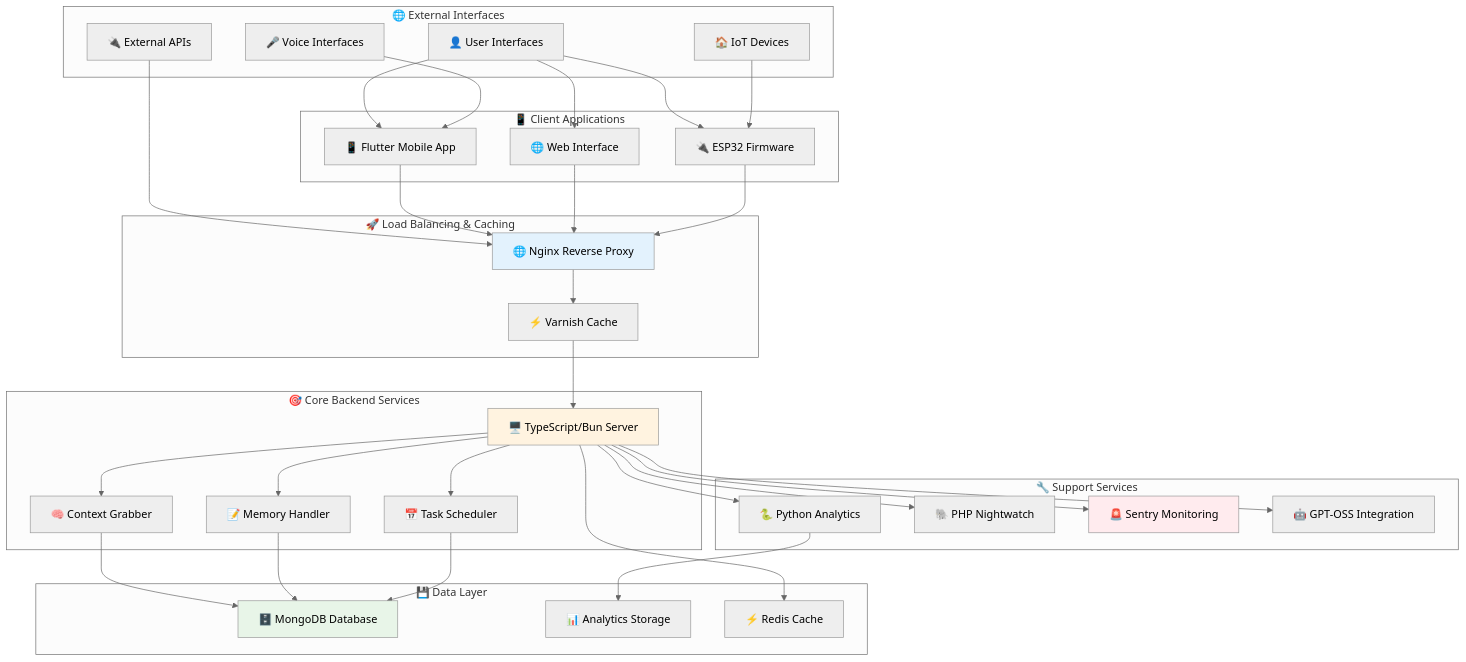
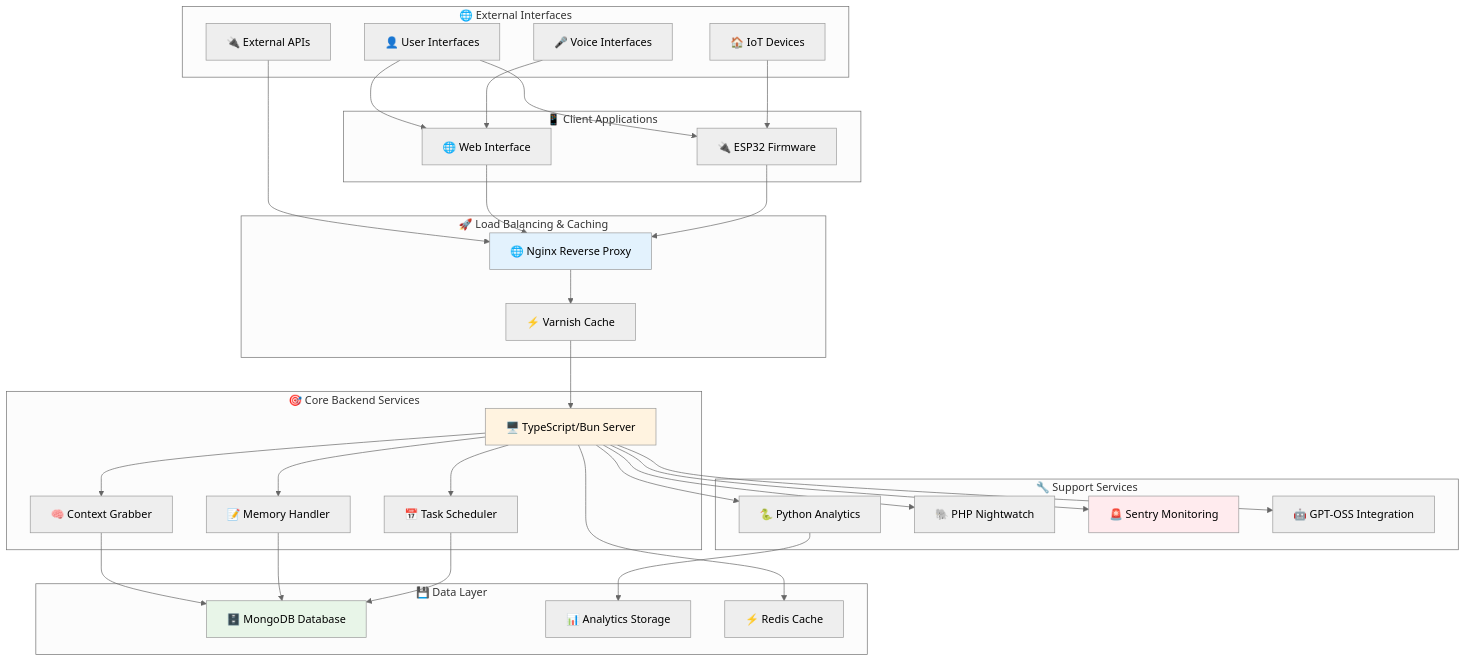
Before and after one commit to TheusHen/roommate: the first of 22 diagrams in docs/architecture.md, drawn with Mermaid (neutral theme). The commit also changed other lines of this file and 8 other files, not shown here.

Commit message:
Update docs to reflect Flutter to web migration

````diff
--- a/docs/architecture.md
+++ b/docs/architecture.md
@@ -9,75 +9,72 @@
 ```mermaid
 graph TB
     subgraph "🌐 External Interfaces"
         UI[👤 User Interfaces]
         API[🔌 External APIs]
         IOT[🏠 IoT Devices]
         VOICE[🎤 Voice Interfaces]
     end
     
     subgraph "🚀 Load Balancing & Caching"
         NGINX[🌐 Nginx Reverse Proxy]
         VARNISH[⚡ Varnish Cache]
     end
     
     subgraph "📱 Client Applications"
-        FLUTTER[📱 Flutter Mobile App]
         WEB[🌐 Web Interface]
         ESP32[🔌 ESP32 Firmware]
     end
     
     subgraph "🎯 Core Backend Services"
         SERVER[🖥️ TypeScript/Bun Server]
         GRABBER[🧠 Context Grabber]
         MEMORY[📝 Memory Handler]
         SCHEDULER[📅 Task Scheduler]
     end
     
     subgraph "💾 Data Layer"
         MONGO[🗄️ MongoDB Database]
         ANALYTICS_DB[📊 Analytics Storage]
         CACHE_DB[⚡ Redis Cache]
     end
     
     subgraph "🔧 Support Services"
         PYTHON[🐍 Python Analytics]
         PHP[🐘 PHP Nightwatch]
         SENTRY[🚨 Sentry Monitoring]
         GPT[🤖 GPT-OSS Integration]
     end
     
-    UI --> FLUTTER
     UI --> WEB
     UI --> ESP32
     API --> NGINX
     IOT --> ESP32
-    VOICE --> FLUTTER
+    VOICE --> WEB
     
-    FLUTTER --> NGINX
     WEB --> NGINX
     ESP32 --> NGINX
     
     NGINX --> VARNISH
     VARNISH --> SERVER
     
     SERVER --> GRABBER
     SERVER --> MEMORY
     SERVER --> SCHEDULER
     
     GRABBER --> MONGO
     MEMORY --> MONGO
     SCHEDULER --> MONGO
     
     SERVER --> PYTHON
     SERVER --> PHP
     SERVER --> SENTRY
     SERVER --> GPT
     
     PYTHON --> ANALYTICS_DB
     SERVER --> CACHE_DB
     
     style SERVER fill:#fff3e0
     style MONGO fill:#e8f5e8
     style NGINX fill:#e3f2fd
     style SENTRY fill:#ffebee
 ```
````
